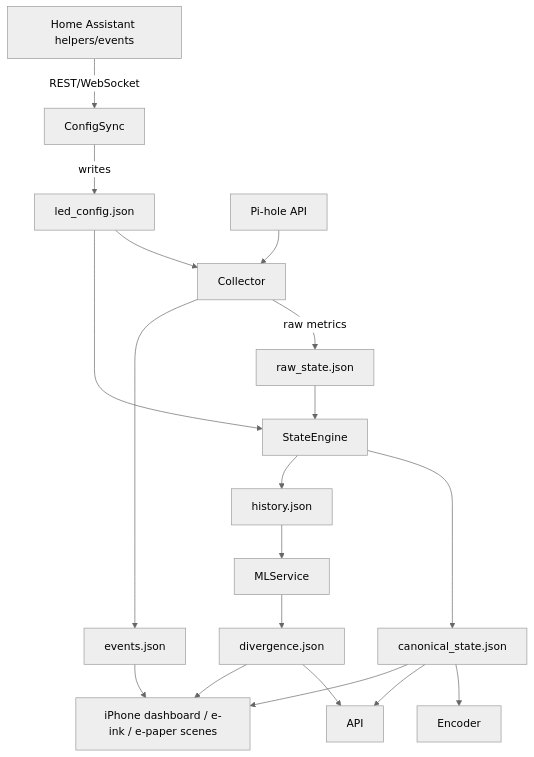
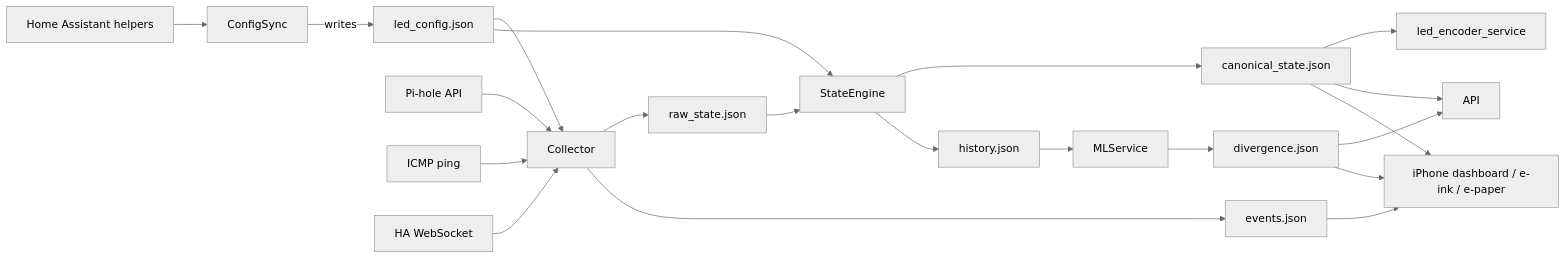
The diagram in README.md (griffingilreath/rehoboam), drawn with Mermaid (neutral theme) before and after one commit. The commit also changed other lines of this file, not shown here.

````diff
--- a/README.md
+++ b/README.md
@@ -39,21 +56,23 @@
 ```mermaid
-graph TD
-    HA[Home Assistant helpers/events] -->|REST/WebSocket| ConfigSync
+flowchart LR
+    HAConfig[Home Assistant helpers] --> ConfigSync
     ConfigSync -->|writes| LEDConfig[led_config.json]
+    PiHole[Pi-hole API] --> Collector
+    Ping[ICMP ping] --> Collector
+    HAEvents[HA WebSocket] --> Collector
     LEDConfig --> Collector
-    PiHole[Pi-hole API] --> Collector
-    Collector -->|raw metrics| RawState[raw_state.json]
+    Collector --> RawState[raw_state.json]
     Collector --> EventsLog[events.json]
+    LEDConfig --> StateEngine
     RawState --> StateEngine
-    LEDConfig --> StateEngine
     StateEngine --> Canonical[canonical_state.json]
     StateEngine --> History[history.json]
     History --> MLService
     MLService --> Divergence[divergence.json]
-    Canonical --> Encoder
+    Canonical --> Encoder[led_encoder_service]
     Canonical --> API
     Divergence --> API
-    Canonical --> Displays[iPhone dashboard / e-ink / e-paper scenes]
+    Canonical --> Displays[iPhone dashboard / e-ink / e-paper]
     Divergence --> Displays
     EventsLog --> Displays
 ```
````
